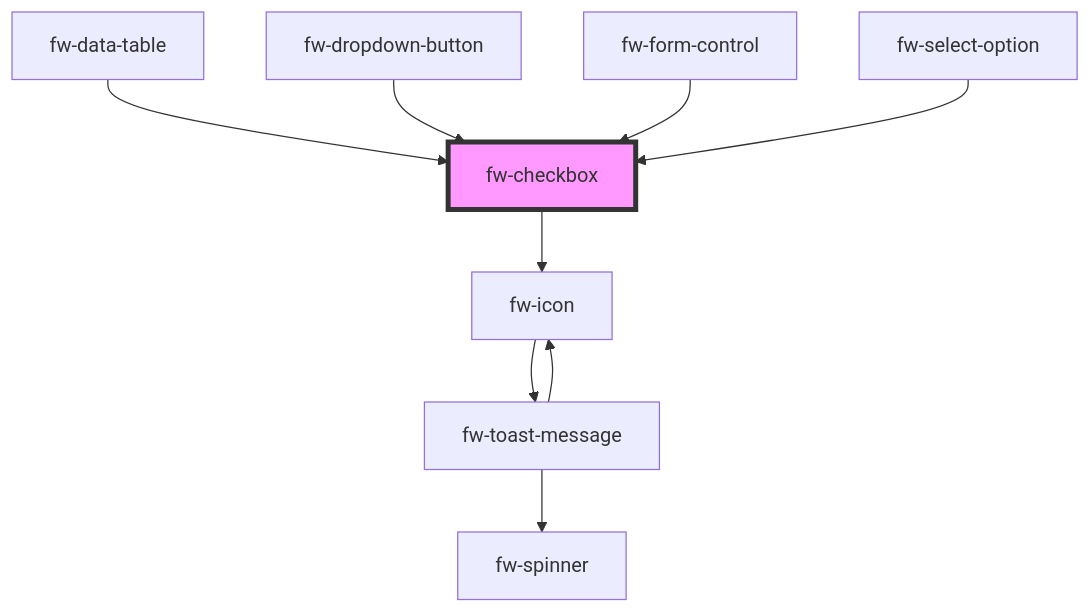
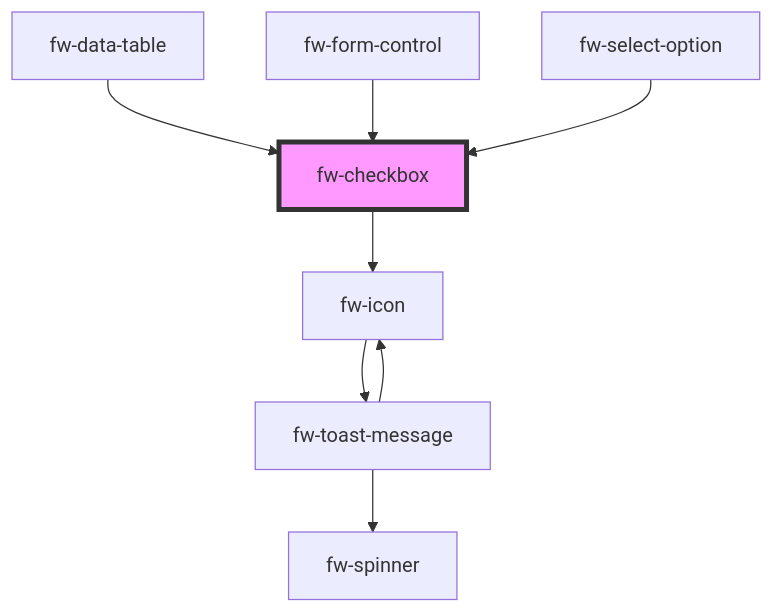
Before and after one commit to freshworks/crayons: the diagram in packages/crayons-core/src/components/checkbox/readme.md, drawn with Mermaid. The commit also changed other lines of this file and 10 other files, not shown here.

First line of the commit message:
feat(dropdown-button): removed dropdown-button and added example in popover

````diff
--- a/packages/crayons-core/src/components/checkbox/readme.md
+++ b/packages/crayons-core/src/components/checkbox/readme.md
@@ -100,12 +99,11 @@
 ```mermaid
 graph TD;
   fw-checkbox --> fw-icon
   fw-icon --> fw-toast-message
   fw-toast-message --> fw-spinner
   fw-toast-message --> fw-icon
   fw-data-table --> fw-checkbox
-  fw-dropdown-button --> fw-checkbox
   fw-form-control --> fw-checkbox
   fw-select-option --> fw-checkbox
   style fw-checkbox fill:#f9f,stroke:#333,stroke-width:4px
 ```
````
